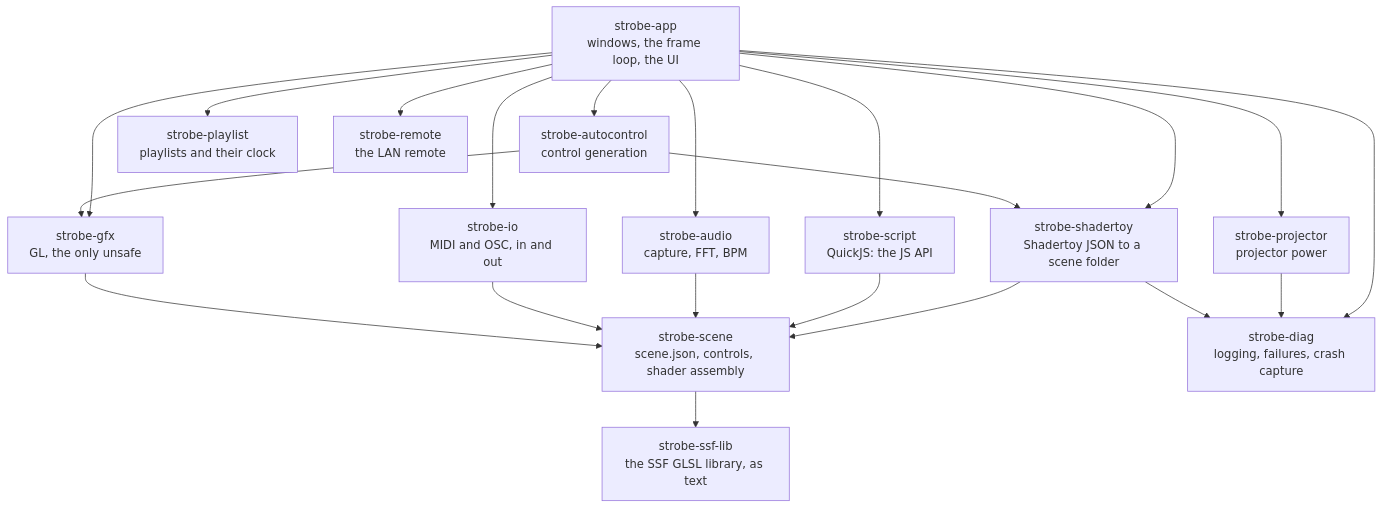
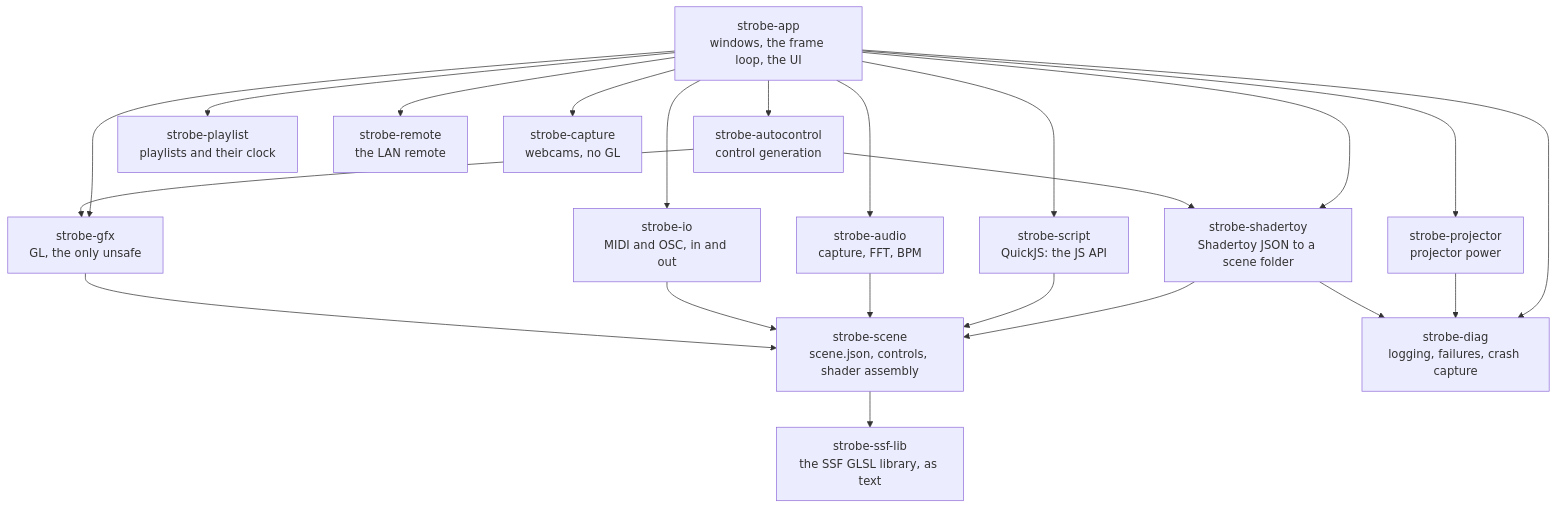
One commit to lnorton89/strobe changed the diagram in README.md. Above: the diagram before and after it, drawn with Mermaid. The commit also changed other lines of this file and 7 other files, not shown here.

````diff
--- a/README.md
+++ b/README.md
@@ -197,23 +197,24 @@
 ```mermaid
 flowchart TD
     app["strobe-app<br/>windows, the frame loop, the UI"]
     shadertoy["strobe-shadertoy<br/>Shadertoy JSON to a scene folder"]
     autocontrol["strobe-autocontrol<br/>control generation"]
     script["strobe-script<br/>QuickJS: the JS API"]
     audio["strobe-audio<br/>capture, FFT, BPM"]
     io["strobe-io<br/>MIDI and OSC, in and out"]
     gfx["strobe-gfx<br/>GL, the only unsafe"]
     scene["strobe-scene<br/>scene.json, controls, shader assembly"]
     ssf["strobe-ssf-lib<br/>the SSF GLSL library, as text"]
     playlist["strobe-playlist<br/>playlists and their clock"]
     remote["strobe-remote<br/>the LAN remote"]
     projector["strobe-projector<br/>projector power"]
+    capture["strobe-capture<br/>webcams, no GL"]
     diag["strobe-diag<br/>logging, failures, crash capture"]
 
-    app --> shadertoy & autocontrol & script & audio & io & gfx & playlist & remote & projector & diag
+    app --> shadertoy & autocontrol & script & audio & io & gfx & playlist & remote & projector & capture & diag
     projector --> diag
     autocontrol --> shadertoy & gfx
     shadertoy --> scene & diag
     script & audio & io & gfx --> scene
     scene --> ssf
 ```
````
